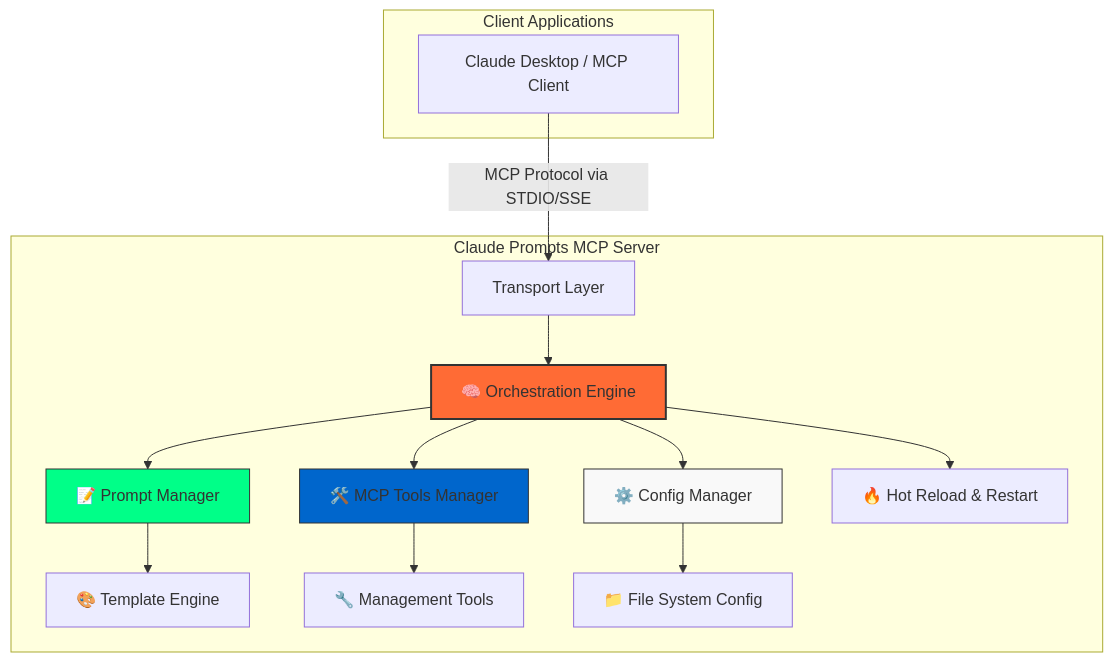
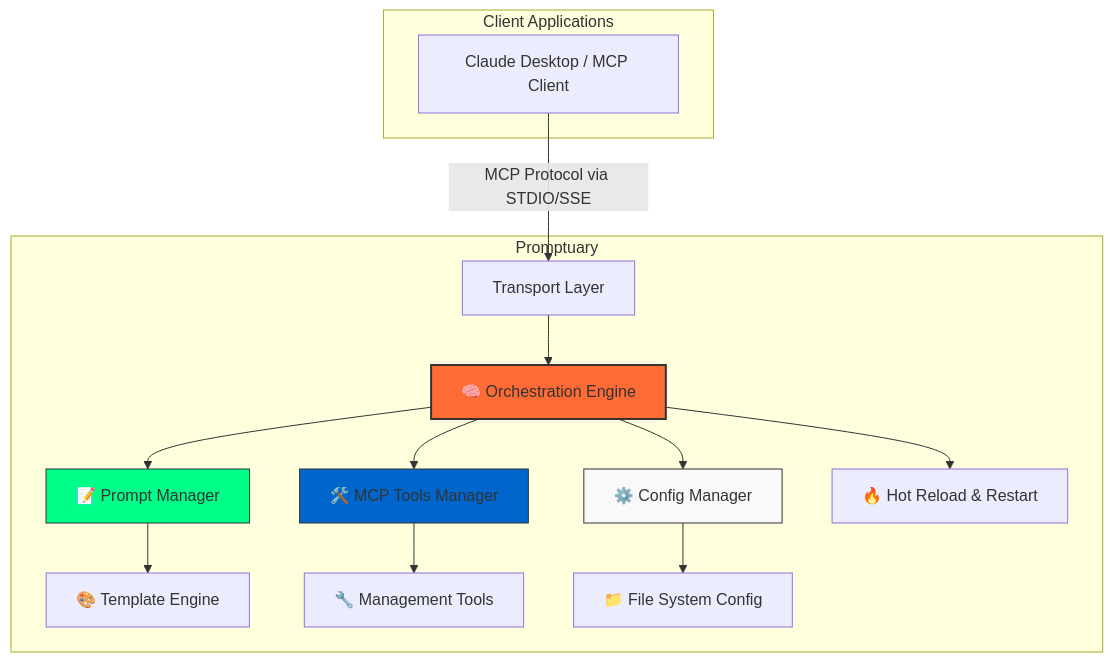
One commit to dliangthinks/promptuary changed the diagram in docs/architecture.md. Above: the diagram before and after it, drawn with Mermaid. The commit also changed other lines of this file and 26 other files, not shown here.

````diff
--- a/docs/architecture.md
+++ b/docs/architecture.md
@@ -19,25 +19,25 @@
 ```mermaid
 graph TB
     subgraph "Client Applications"
         A[Claude Desktop / MCP Client]
     end
 
-    subgraph "Claude Prompts MCP Server"
+    subgraph "Promptuary"
         A -->|MCP Protocol via STDIO/SSE| B[Transport Layer]
         B --> C[🧠 Orchestration Engine]
 
         C --> D[📝 Prompt Manager]
         C --> E[🛠️ MCP Tools Manager]
         C --> F[⚙️ Config Manager]
         C --> J[🔥 Hot Reload & Restart]
 
         D --> G[🎨 Template Engine]
         E --> H[🔧 Management Tools]
         F --> I[📁 File System Config]
     end
 
     style C fill:#ff6b35,stroke:#333,stroke-width:2px
     style D fill:#00ff88,stroke:#333,stroke-width:1px
     style E fill:#0066cc,stroke:#333,stroke-width:1px
     style F fill:#f9f9f9,stroke:#333,stroke-width:1px
 ```
````
